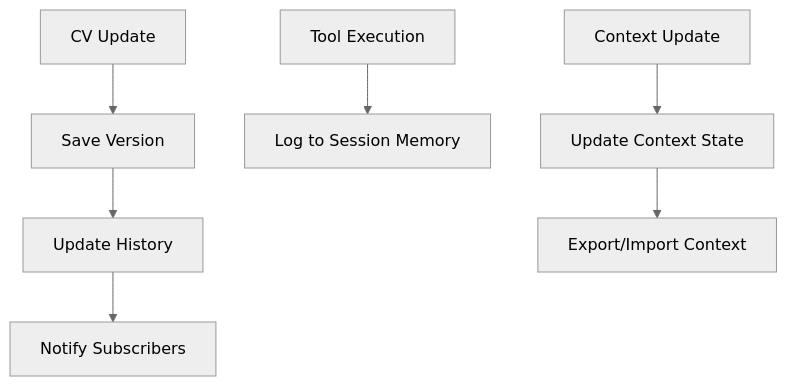
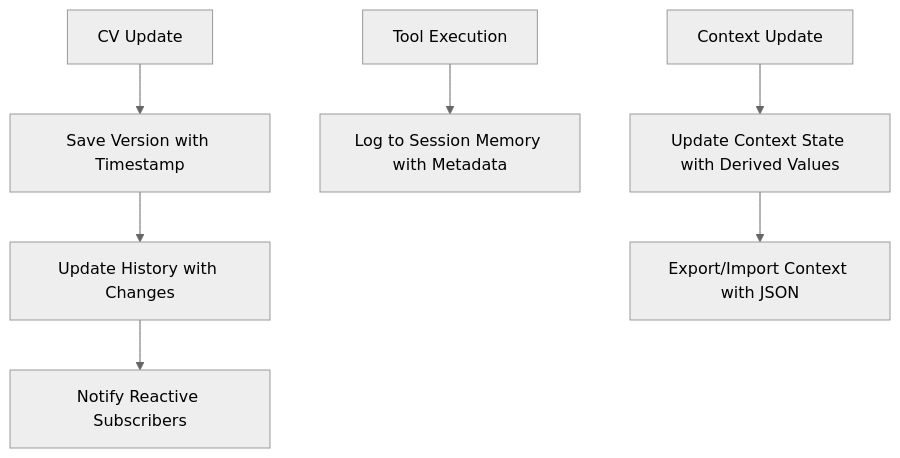
One commit to DoVuDung/cv-portfolio-builder changed the fifth of 9 diagrams in .qoder/repowiki/en/content/AI Agent System.md. Above: the diagram before and after it, drawn with Mermaid (neutral theme). The commit also changed other lines of this file and 26 other files, not shown here.

First line of the commit message:
docs(agent): update AI Agent System with MCP tool architecture and CV Builder integration

````diff
--- a/.qoder/repowiki/en/content/AI Agent System.md
+++ b/.qoder/repowiki/en/content/AI Agent System.md
@@ -309,9 +320,9 @@
 ```mermaid
 flowchart TD
-A["CV Update"] --> B["Save Version"]
-B --> C["Update History"]
-C --> D["Notify Subscribers"]
-E["Tool Execution"] --> F["Log to Session Memory"]
-G["Context Update"] --> H["Update Context State"]
-H --> I["Export/Import Context"]
+A["CV Update"] --> B["Save Version with Timestamp"]
+B --> C["Update History with Changes"]
+C --> D["Notify Reactive Subscribers"]
+E["Tool Execution"] --> F["Log to Session Memory with Metadata"]
+G["Context Update"] --> H["Update Context State with Derived Values"]
+H --> I["Export/Import Context with JSON"]
 ```
````
